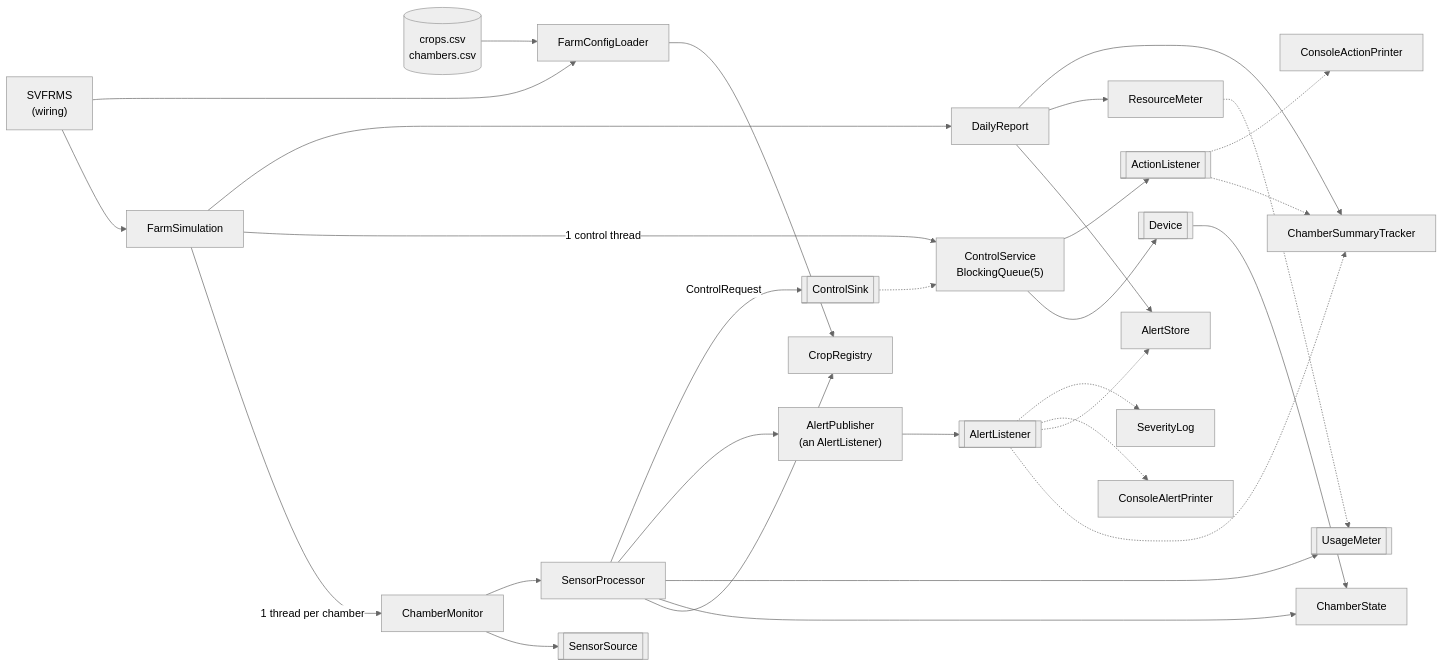
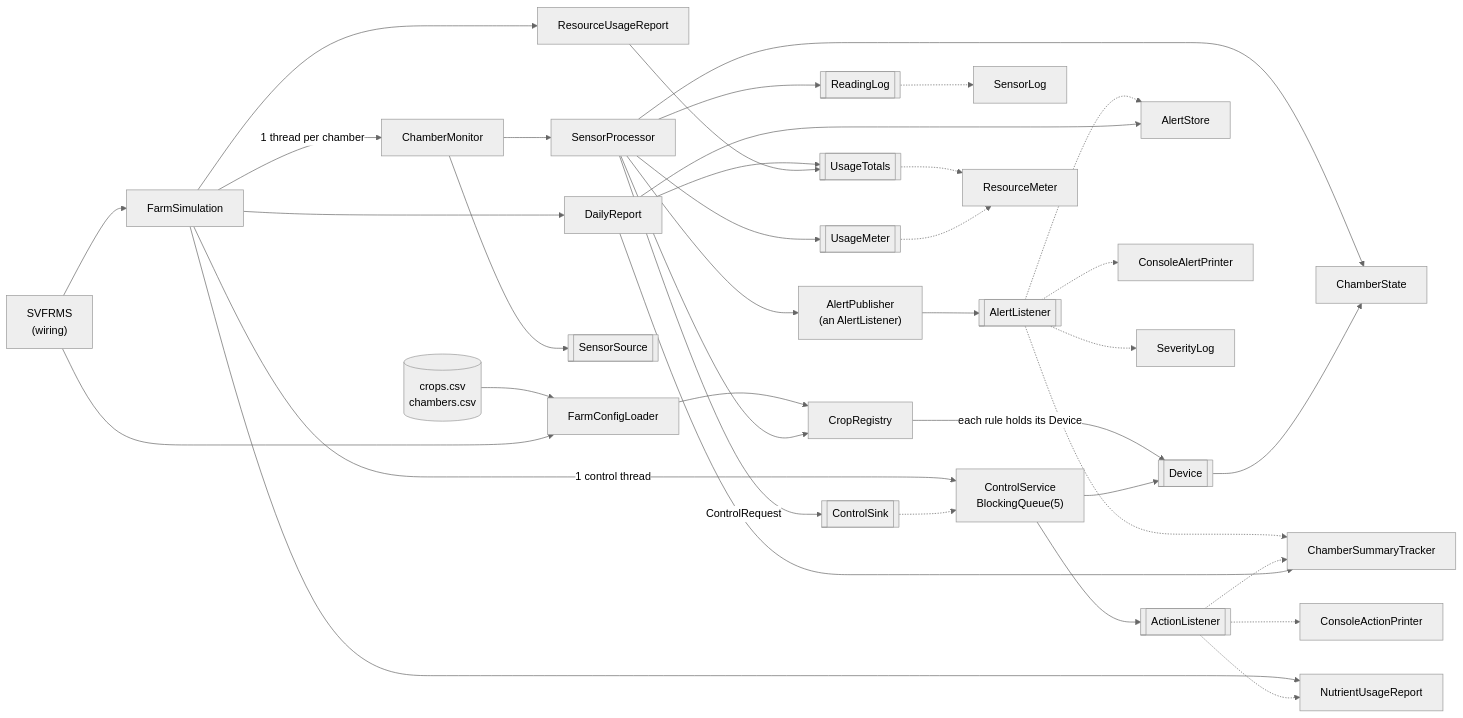
Before and after one commit to ansonpoh/SE301_Project: the first of 2 diagrams in README.md, drawn with Mermaid (neutral theme). The commit also changed other lines of this file and 86 other files, not shown here.

Commit message:
Add resource usage and nutrient consumption reports, a UsageTotals read interface and clean stopping of interrupted chambers. Extended baseline to 21 seeds × 2 layouts (42/42 identical); refresh docs, PDF and jar

````diff
--- a/README.md
+++ b/README.md
@@ -177,32 +181,40 @@
 ```mermaid
 flowchart LR
     CSV[("crops.csv<br/>chambers.csv")] --> CFG[FarmConfigLoader]
     MAIN["SVFRMS<br/>(wiring)"] --> SIM[FarmSimulation]
     MAIN --> CFG
     CFG --> REG[CropRegistry]
     SIM -->|"1 thread per chamber"| MON[ChamberMonitor]
     SIM -->|"1 control thread"| CTRL["ControlService<br/>BlockingQueue(5)"]
     SIM --> RPT[DailyReport]
+    SIM --> USE[ResourceUsageReport]
+    SIM --> NUT[NutrientUsageReport]
     MON --> SRC[["SensorSource"]]
     MON --> PROC[SensorProcessor]
     PROC --> REG
+    REG -->|"each rule holds its Device"| DEV
     PROC --> STATE[ChamberState]
     PROC --> METER[["UsageMeter"]]
+    PROC --> RLOG[["ReadingLog"]]
+    RLOG -.-> SLOG[SensorLog]
     PROC --> PUB["AlertPublisher<br/>(an AlertListener)"]
     PROC -->|ControlRequest| SINK[["ControlSink"]]
     SINK -.-> CTRL
     PUB --> L[["AlertListener"]]
     L -.-> TRK[ChamberSummaryTracker]
     L -.-> STORE[AlertStore]
     L -.-> PRN[ConsoleAlertPrinter]
     L -.-> SEV[SeverityLog]
     CTRL --> DEV[["Device"]]
     DEV --> STATE
     CTRL --> AL[["ActionListener"]]
     AL -.-> TRK
     AL -.-> APRN[ConsoleActionPrinter]
+    AL -.-> NUT
     RPT --> STORE
-    RPT --> RM[ResourceMeter]
-    RM -.-> METER
+    RPT --> TOT[["UsageTotals"]]
+    USE --> TOT
+    TOT -.-> RM[ResourceMeter]
+    METER -.-> RM
     RPT --> TRK
 ```
````
